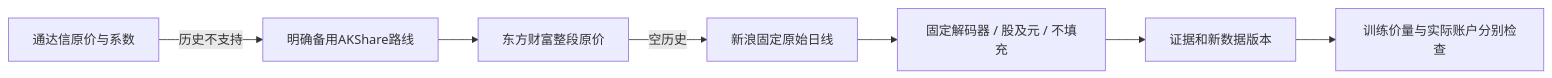
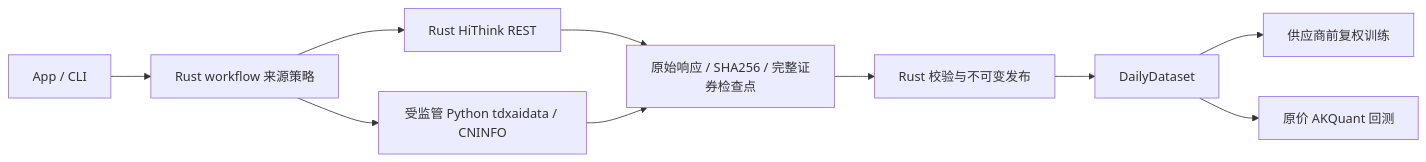
One commit to Dennishaha/JFQuant changed the diagram in crates/storage/collectors/README.md. Above: the diagram before and after it, drawn with Mermaid. The commit also changed other lines of this file and 72 other files, not shown here.

````diff
--- a/crates/storage/collectors/README.md
+++ b/crates/storage/collectors/README.md
@@ -203,9 +7,12 @@
 ```mermaid
 flowchart LR
- T[通达信原价与系数] -->|历史不支持| A[明确备用AKShare路线]
- A --> E[东方财富整段原价]
- E -->|空历史| S[新浪固定原始日线]
- S --> D[固定解码器 / 股及元 / 不填充]
- D --> V[证据和新数据版本]
- V --> C[训练价量与实际账户分别检查]
+  UI[App / CLI] --> W[Rust workflow 来源策略]
+  W --> H[Rust HiThink REST]
+  W --> P[受监管 Python tdxaidata / CNINFO]
+  H --> E[原始响应 / SHA256 / 完整证券检查点]
+  P --> E
+  E --> S[Rust 校验与不可变发布]
+  S --> D[DailyDataset]
+  D --> T[供应商前复权训练]
+  D --> B[原价 AKQuant 回测]
 ```
````
